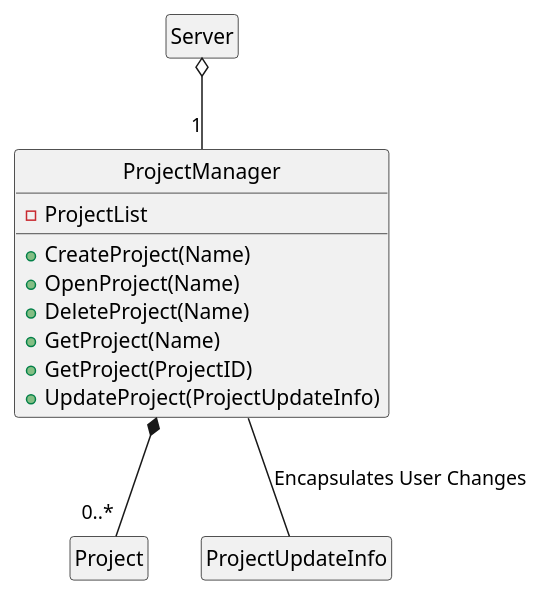
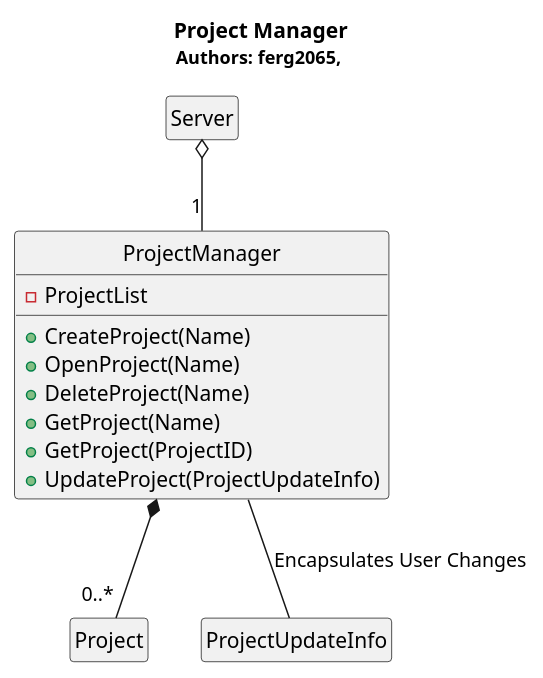
The diagram in hw3/Server/server_projectmanager.pu (voxelv/sQuire_kw), drawn with PlantUML before and after one commit. The commit also changed 19 other files, not shown here.

```diff
--- a/hw3/Server/server_projectmanager.pu
+++ b/hw3/Server/server_projectmanager.pu
@@ -1,24 +1,26 @@
 @startuml
 hide circle
 hide empty members
+
+Title <b>Project Manager</b>\n<size:12>Authors: ferg2065, </size>
 
 class "Server" as sqs
 class "ProjectManager" as sqs_pr_m{
 	-ProjectList
 	+CreateProject(Name)
 	+OpenProject(Name)
 	+DeleteProject(Name)
 	+GetProject(Name)
 	+GetProject(ProjectID)
 	+UpdateProject(ProjectUpdateInfo)
 	}
 class "Project" as sqs_pr
 class "ProjectUpdateInfo" as sqs_pr_ui
 
 
 sqs o-- "1" sqs_pr_m  
 sqs_pr_m -- sqs_pr_ui : Encapsulates User Changes
 sqs_pr_m *-- "0..*" sqs_pr 
 
 
 @enduml
```
